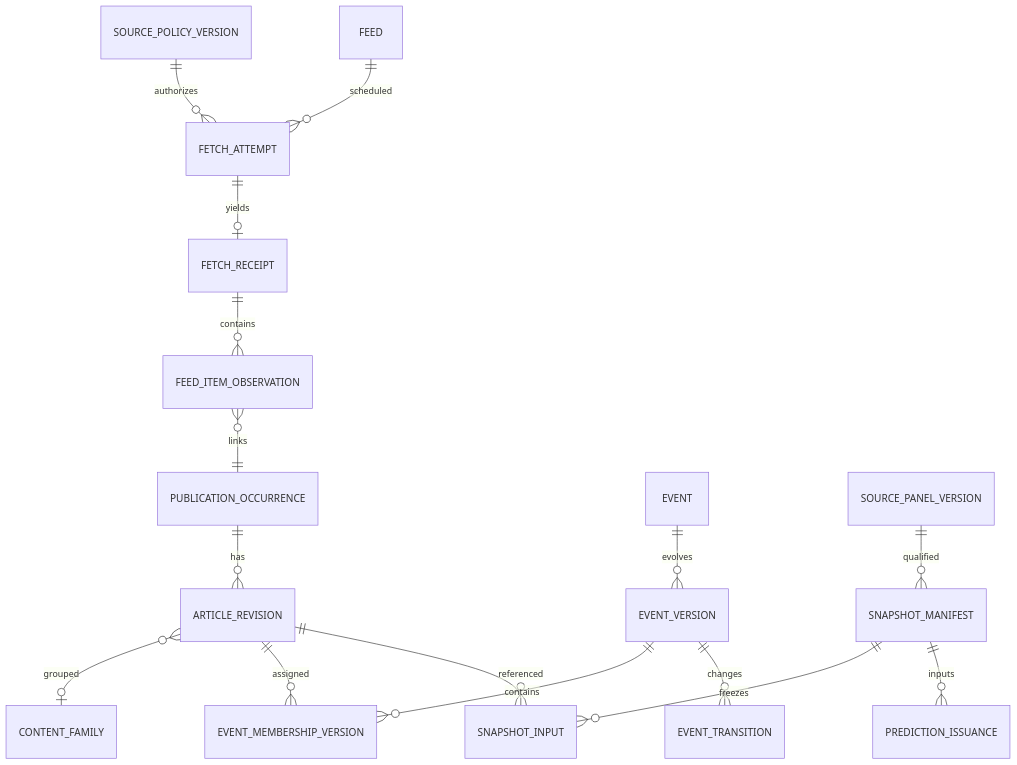
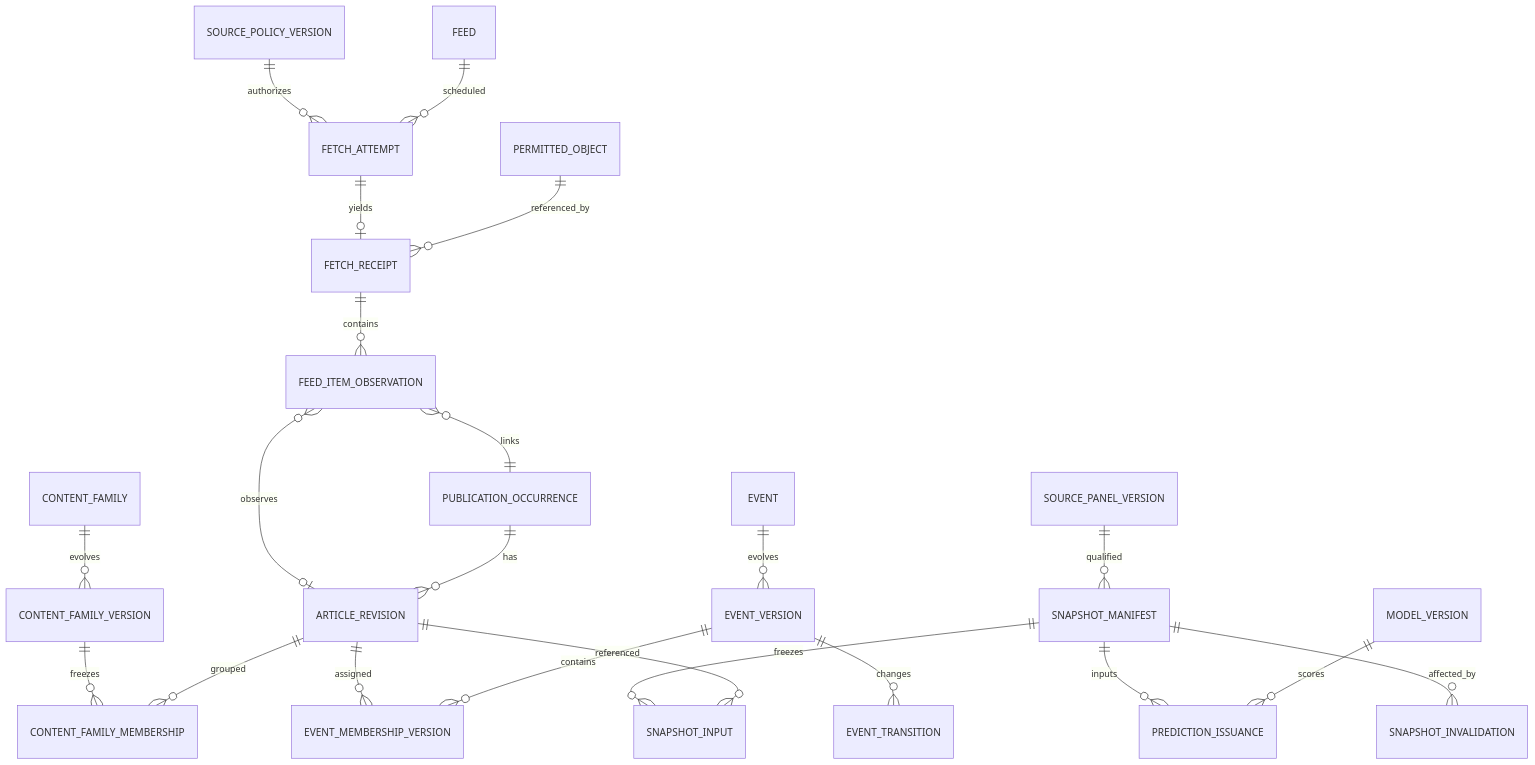
The diagram in docs/v0.2/DATA_CONTRACTS.md (Ahmaddaghra/pulse_engineering_source), drawn with Mermaid before and after one commit. The commit also changed other lines of this file and 9 other files, not shown here.

````diff
--- a/docs/v0.2/DATA_CONTRACTS.md
+++ b/docs/v0.2/DATA_CONTRACTS.md
@@ -11,18 +13,24 @@
 ```mermaid
 erDiagram
  SOURCE_POLICY_VERSION ||--o{ FETCH_ATTEMPT : authorizes
  FEED ||--o{ FETCH_ATTEMPT : scheduled
  FETCH_ATTEMPT ||--o| FETCH_RECEIPT : yields
+ PERMITTED_OBJECT ||--o{ FETCH_RECEIPT : referenced_by
  FETCH_RECEIPT ||--o{ FEED_ITEM_OBSERVATION : contains
  FEED_ITEM_OBSERVATION }o--|| PUBLICATION_OCCURRENCE : links
+ FEED_ITEM_OBSERVATION }o--o| ARTICLE_REVISION : observes
  PUBLICATION_OCCURRENCE ||--o{ ARTICLE_REVISION : has
- ARTICLE_REVISION }o--o| CONTENT_FAMILY : grouped
+ CONTENT_FAMILY ||--o{ CONTENT_FAMILY_VERSION : evolves
+ CONTENT_FAMILY_VERSION ||--o{ CONTENT_FAMILY_MEMBERSHIP : freezes
+ ARTICLE_REVISION ||--o{ CONTENT_FAMILY_MEMBERSHIP : grouped
  ARTICLE_REVISION ||--o{ EVENT_MEMBERSHIP_VERSION : assigned
  EVENT ||--o{ EVENT_VERSION : evolves
  EVENT_VERSION ||--o{ EVENT_MEMBERSHIP_VERSION : contains
  EVENT_VERSION ||--o{ EVENT_TRANSITION : changes
  SOURCE_PANEL_VERSION ||--o{ SNAPSHOT_MANIFEST : qualified
  SNAPSHOT_MANIFEST ||--o{ SNAPSHOT_INPUT : freezes
  ARTICLE_REVISION ||--o{ SNAPSHOT_INPUT : referenced
  SNAPSHOT_MANIFEST ||--o{ PREDICTION_ISSUANCE : inputs
+ MODEL_VERSION ||--o{ PREDICTION_ISSUANCE : scores
+ SNAPSHOT_MANIFEST ||--o{ SNAPSHOT_INVALIDATION : affected_by
 ```
````
